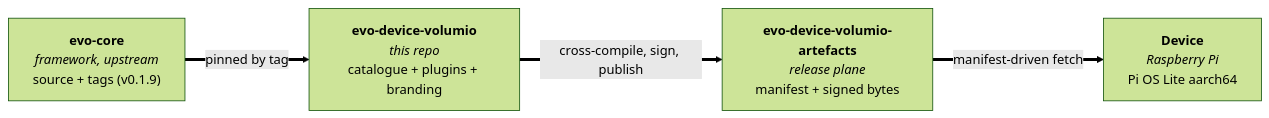
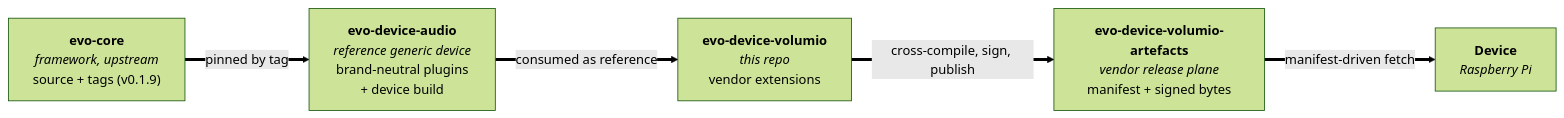
Before and after one commit to foonerd/evo-device-volumio: the diagram in README.md, drawn with Mermaid (forest theme). The commit also changed other lines of this file and 7 other files, not shown here.

First line of the commit message:
docs(rename): retarget commons references to evo-device-audio per ADR-0032

````diff
--- a/README.md
+++ b/README.md
@@ -11,11 +11,13 @@
 ```mermaid
 flowchart LR
     core["<b>evo-core</b><br/><i>framework, upstream</i><br/>source + tags (v0.1.9)"]
-    src["<b>evo-device-volumio</b><br/><i>this repo</i><br/>catalogue + plugins + branding"]
-    art["<b>evo-device-volumio-artefacts</b><br/><i>release plane</i><br/>manifest + signed bytes"]
-    dev["<b>Device</b><br/><i>Raspberry Pi</i><br/>Pi OS Lite aarch64"]
+    ref["<b>evo-device-audio</b><br/><i>reference generic device</i><br/>brand-neutral plugins<br/>+ device build"]
+    src["<b>evo-device-volumio</b><br/><i>this repo</i><br/>vendor extensions"]
+    art["<b>evo-device-volumio-artefacts</b><br/><i>vendor release plane</i><br/>manifest + signed bytes"]
+    dev["<b>Device</b><br/><i>Raspberry Pi</i>"]
 
-    core ==>|pinned by tag| src
+    core ==>|pinned by tag| ref
+    ref ==>|consumed as reference| src
     src ==>|cross-compile, sign, publish| art
     art ==>|manifest-driven fetch| dev
 ```
````
